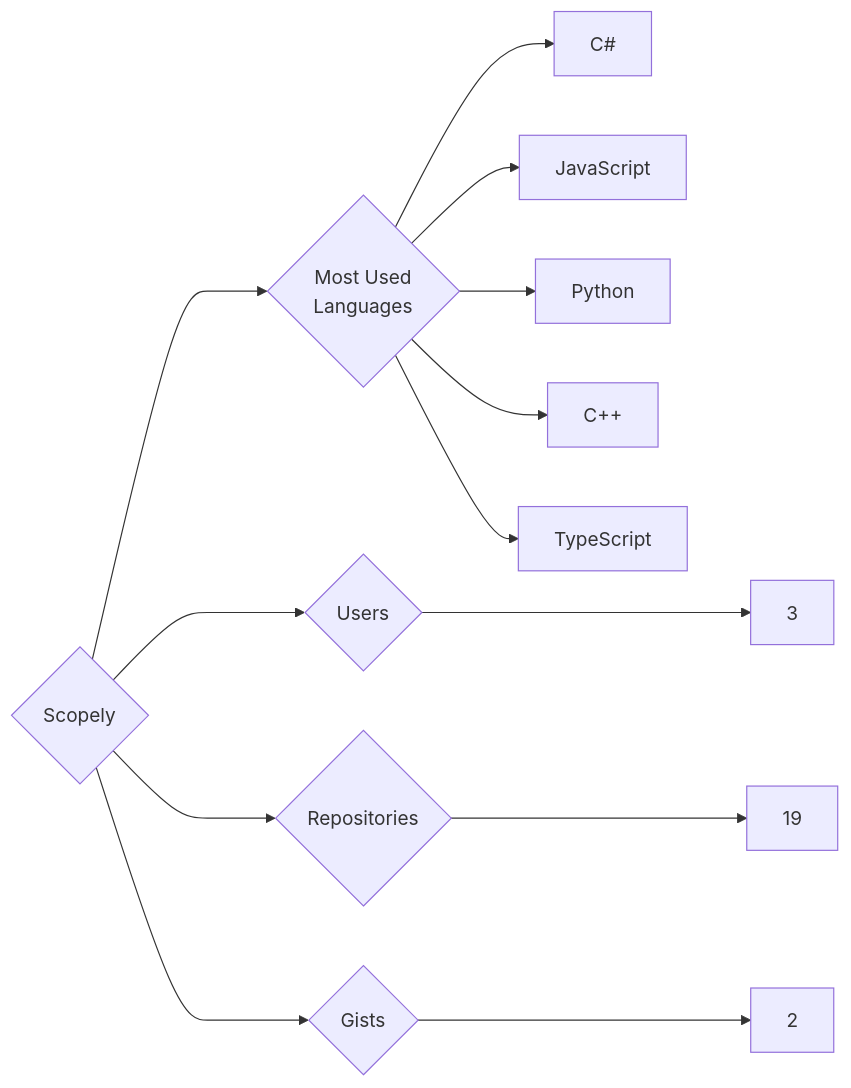
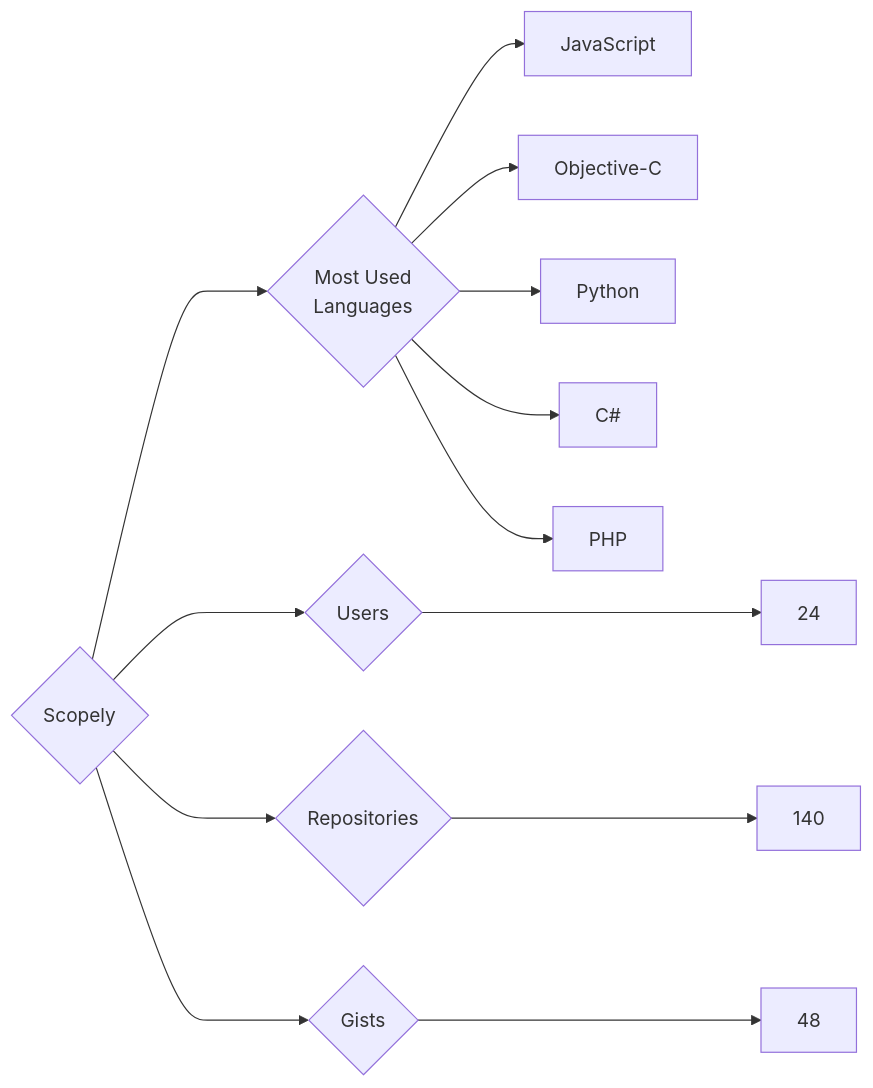
The diagram in targets/Scopely/README.md (trickest/insiders), drawn with Mermaid before and after one commit. The commit also changed 839 other files, not shown here.

````diff
--- a/targets/Scopely/README.md
+++ b/targets/Scopely/README.md
@@ -3,13 +3,13 @@
 ```mermaid
 graph LR
 COMPANY_NAME{Scopely}
-COMPANY_NAME ---> U{Users} ---> UN[3]
-COMPANY_NAME ---> R{Repositories} ---> RN[19]
-COMPANY_NAME ---> G{Gists} ---> GN[2]
+COMPANY_NAME ---> U{Users} ---> UN[24]
+COMPANY_NAME ---> R{Repositories} ---> RN[140]
+COMPANY_NAME ---> G{Gists} ---> GN[48]
 COMPANY_NAME ---> ML{Most Used<br>Languages}
+ML --> JavaScript[JavaScript]
+ML --> Objective-C[Objective-C]
+ML --> Python[Python]
 ML --> C#[C#]
-ML --> JavaScript[JavaScript]
-ML --> Python[Python]
-ML --> C++[C++]
-ML --> TypeScript[TypeScript]
+ML --> PHP[PHP]
 ```
````
